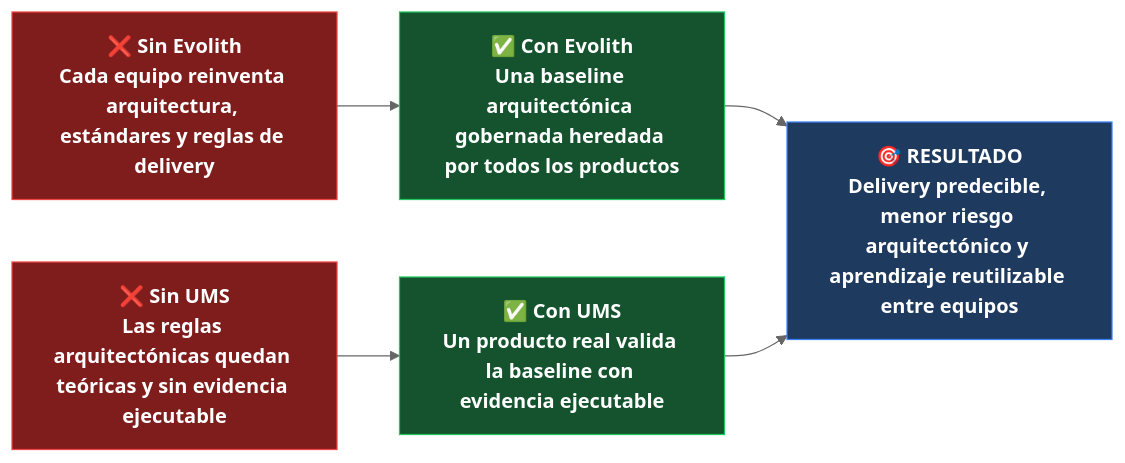
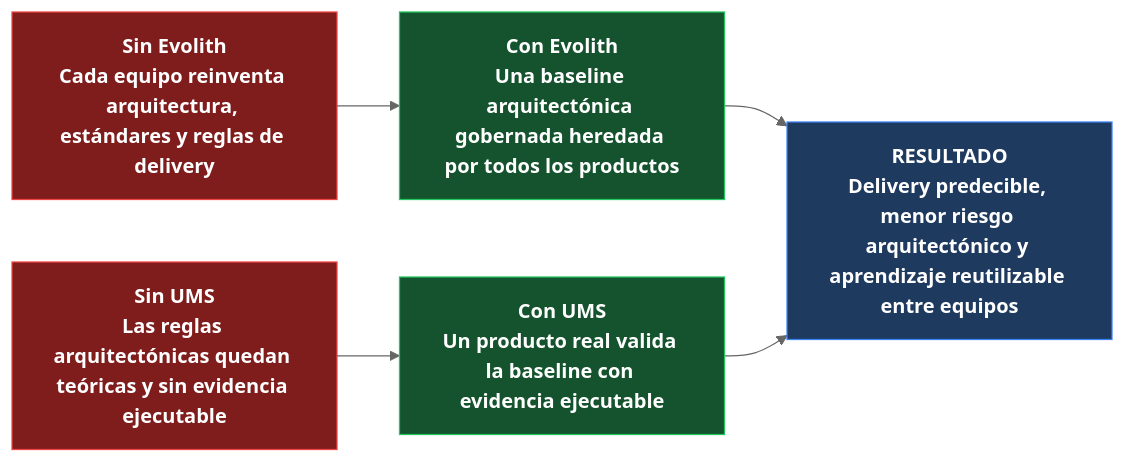
Before and after one commit to beyondnetcode/evolith_arch32: the second of 4 diagrams in reference/governance/standards/communication/visuals/v01-executive-one-pager.es.md, drawn with Mermaid (neutral theme). The commit also changed other lines of this file and 41 other files, not shown here.

````diff
--- a/reference/governance/standards/communication/visuals/v01-executive-one-pager.es.md
+++ b/reference/governance/standards/communication/visuals/v01-executive-one-pager.es.md
@@ -53,19 +53,19 @@
 ```mermaid
 flowchart LR
     classDef problem fill:#7f1d1d,stroke:#ef4444,color:#ffffff,font-weight:bold
     classDef solution fill:#14532d,stroke:#22c55e,color:#ffffff,font-weight:bold
     classDef outcome fill:#1e3a5f,stroke:#3b82f6,color:#ffffff,font-weight:bold
 
-    P1["❌ Sin Evolith\nCada equipo reinventa arquitectura, estándares y reglas de delivery"]:::problem
-    P2["❌ Sin UMS\nLas reglas arquitectónicas quedan teóricas y sin evidencia ejecutable"]:::problem
+    P1[" Sin Evolith\nCada equipo reinventa arquitectura, estándares y reglas de delivery"]:::problem
+    P2[" Sin UMS\nLas reglas arquitectónicas quedan teóricas y sin evidencia ejecutable"]:::problem
 
-    S1["✅ Con Evolith\nUna baseline arquitectónica gobernada heredada por todos los productos"]:::solution
-    S2["✅ Con UMS\nUn producto real valida la baseline con evidencia ejecutable"]:::solution
+    S1[" Con Evolith\nUna baseline arquitectónica gobernada heredada por todos los productos"]:::solution
+    S2[" Con UMS\nUn producto real valida la baseline con evidencia ejecutable"]:::solution
 
-    O["🎯 RESULTADO\nDelivery predecible, menor riesgo arquitectónico y aprendizaje reutilizable entre equipos"]:::outcome
+    O[" RESULTADO\nDelivery predecible, menor riesgo arquitectónico y aprendizaje reutilizable entre equipos"]:::outcome
 
     P1 --> S1
     P2 --> S2
     S1 --> O
     S2 --> O
 ```
````
